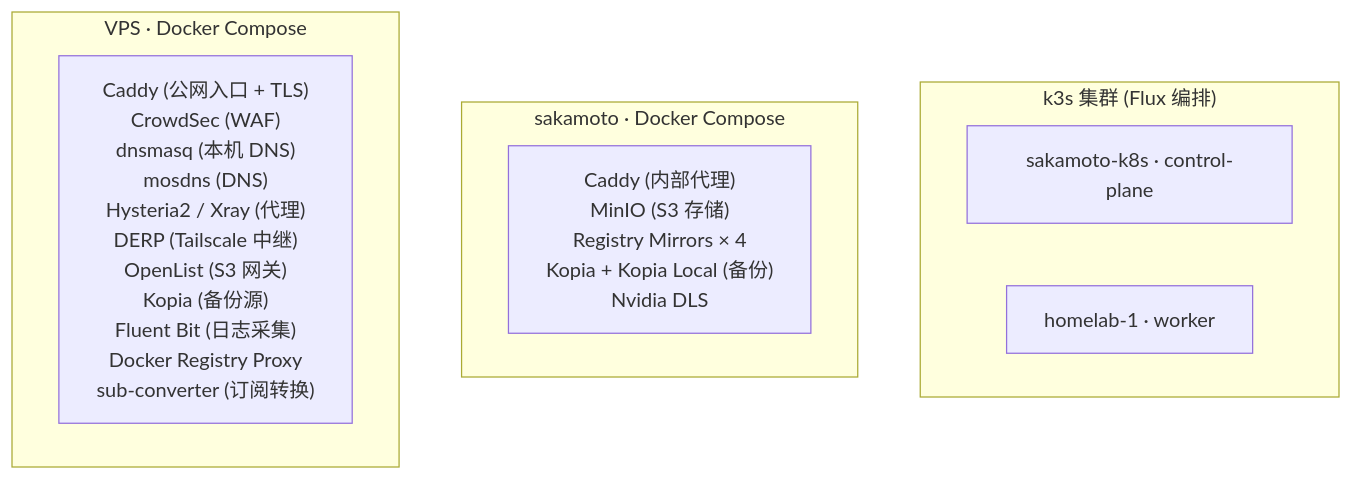
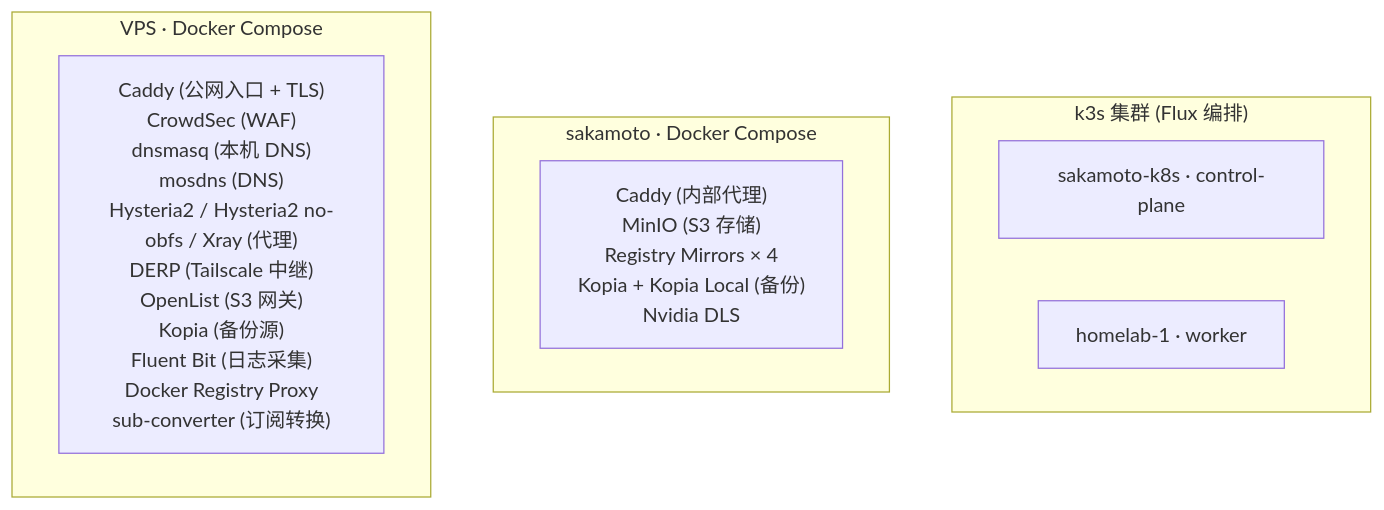
Before and after one commit to shelken/home-ops: the third of 8 diagrams in docs/ARCHITECTURE.md, drawn with Mermaid. The commit also changed other lines of this file, not shown here.

First line of the commit message:
docs: 更新当前网络架构图

````diff
--- a/docs/ARCHITECTURE.md
+++ b/docs/ARCHITECTURE.md
@@ -94,29 +100,29 @@
 ```mermaid
 graph TB
     subgraph K3S["k3s 集群 (Flux 编排)"]
         NODE_SAKA["sakamoto-k8s · control-plane"]
         NODE_H1["homelab-1 · worker"]
     end
 
     subgraph COMPOSE_SAKA["sakamoto · Docker Compose"]
         CD_SAKA["Caddy (内部代理)
 MinIO (S3 存储)
 Registry Mirrors × 4
 Kopia + Kopia Local (备份)
 Nvidia DLS"]
     end
 
     subgraph COMPOSE_VPS["VPS · Docker Compose"]
         CD_VPS["Caddy (公网入口 + TLS)
 CrowdSec (WAF)
 dnsmasq (本机 DNS)
 mosdns (DNS)
-Hysteria2 / Xray (代理)
+Hysteria2 / Hysteria2 no-obfs / Xray (代理)
 DERP (Tailscale 中继)
 OpenList (S3 网关)
 Kopia (备份源)
 Fluent Bit (日志采集)
 Docker Registry Proxy
 sub-converter (订阅转换)"]
     end
 ```
````
